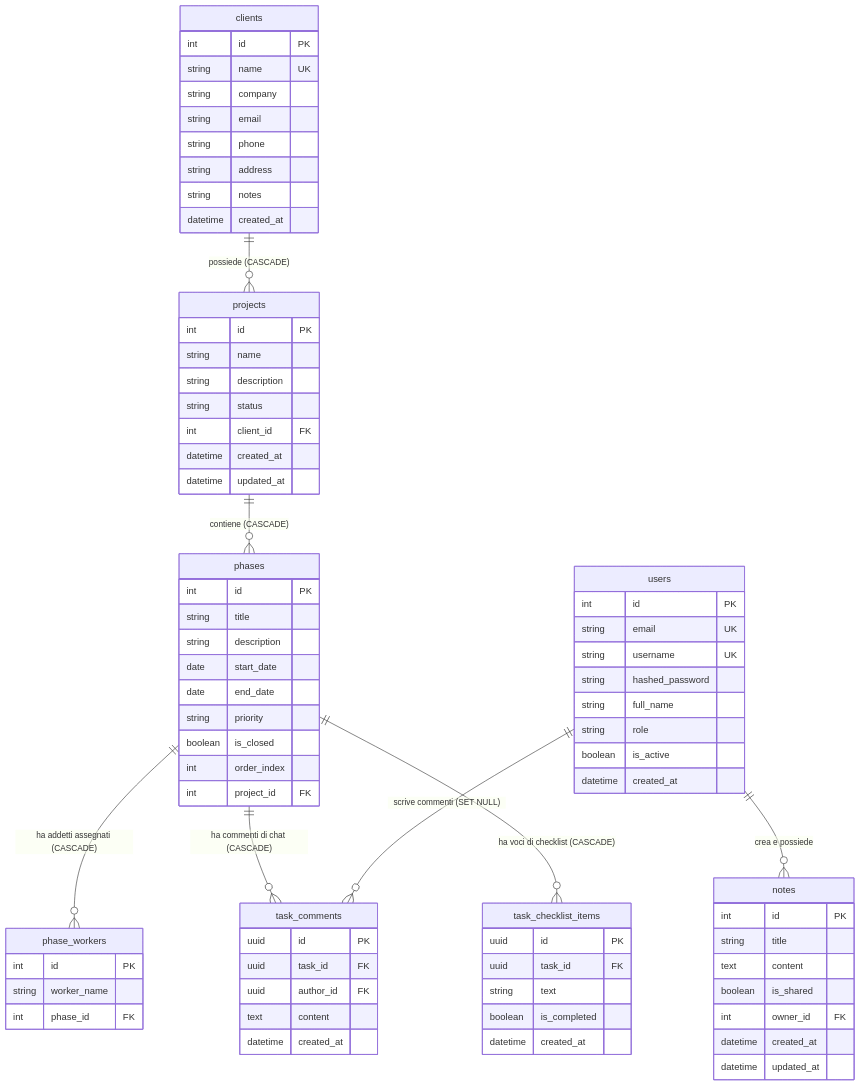
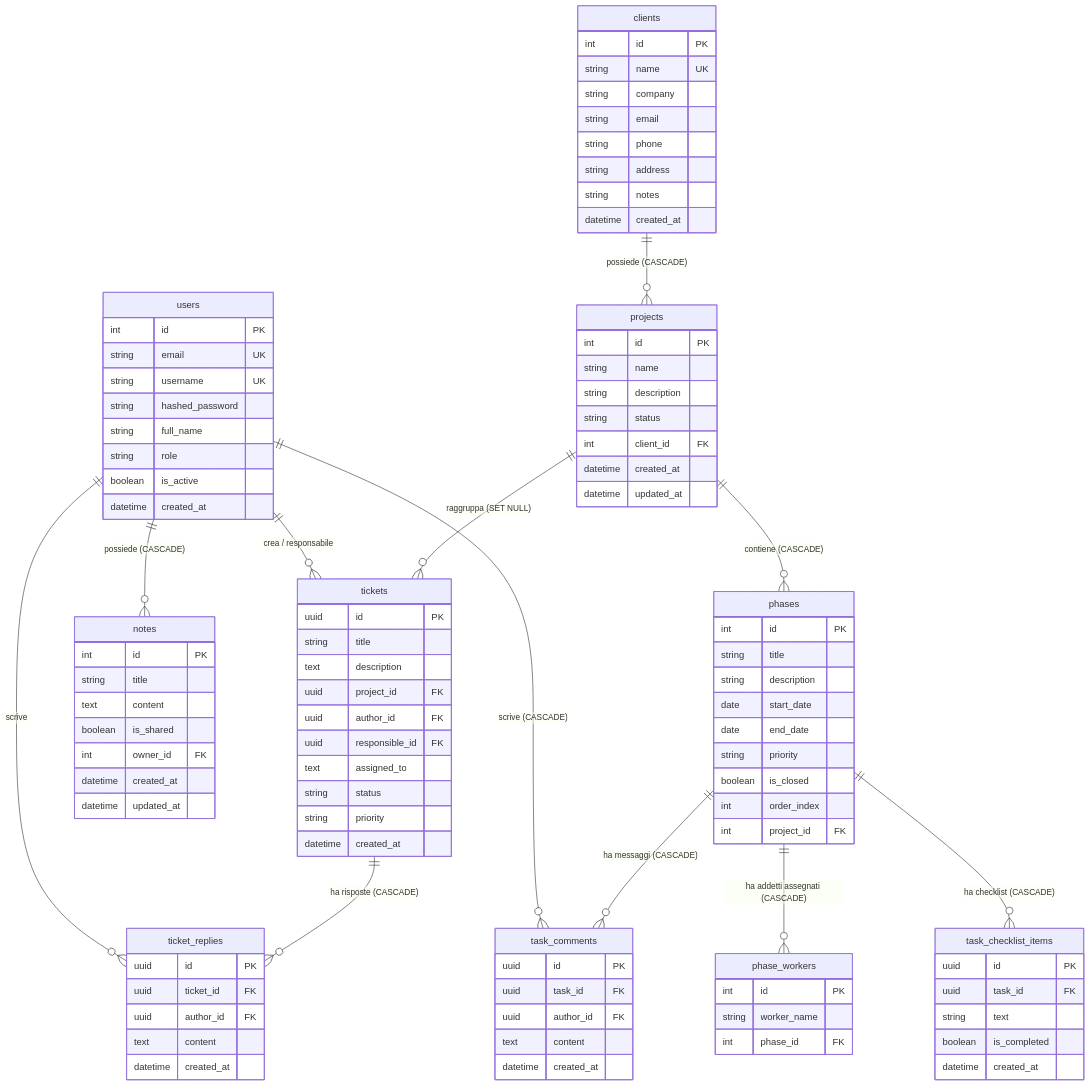
The second of 2 diagrams in docs/TECHNICAL_DOCUMENTATION.md (TurnTheBait/HiPlan), drawn with Mermaid before and after one commit. The commit also changed 1 other file, not shown here.

Commit message:
docs: update technical schema with ticket entities and expand user guide documentation

````diff
--- a/docs/TECHNICAL_DOCUMENTATION.md
+++ b/docs/TECHNICAL_DOCUMENTATION.md
@@ -110,11 +110,36 @@
         datetime updated_at
     }
 
+    tickets {
+        uuid id PK
+        string title
+        text description
+        uuid project_id FK
+        uuid author_id FK
+        uuid responsible_id FK
+        text assigned_to
+        string status
+        string priority
+        datetime created_at
+    }
+
+    ticket_replies {
+        uuid id PK
+        uuid ticket_id FK
+        uuid author_id FK
+        text content
+        datetime created_at
+    }
+
     clients ||--o{ projects : "possiede (CASCADE)"
     projects ||--o{ phases : "contiene (CASCADE)"
     phases ||--o{ phase_workers : "ha addetti assegnati (CASCADE)"
-    phases ||--o{ task_comments : "ha commenti di chat (CASCADE)"
-    phases ||--o{ task_checklist_items : "ha voci di checklist (CASCADE)"
-    users ||--o{ notes : "crea e possiede"
-    users ||--o{ task_comments : "scrive commenti (SET NULL)"
+    phases ||--o{ task_comments : "ha messaggi (CASCADE)"
+    phases ||--o{ task_checklist_items : "ha checklist (CASCADE)"
+    users ||--o{ task_comments : "scrive (CASCADE)"
+    users ||--o{ notes : "possiede (CASCADE)"
+    projects ||--o{ tickets : "raggruppa (SET NULL)"
+    users ||--o{ tickets : "crea / responsabile"
+    tickets ||--o{ ticket_replies : "ha risposte (CASCADE)"
+    users ||--o{ ticket_replies : "scrive"
 ```
````
